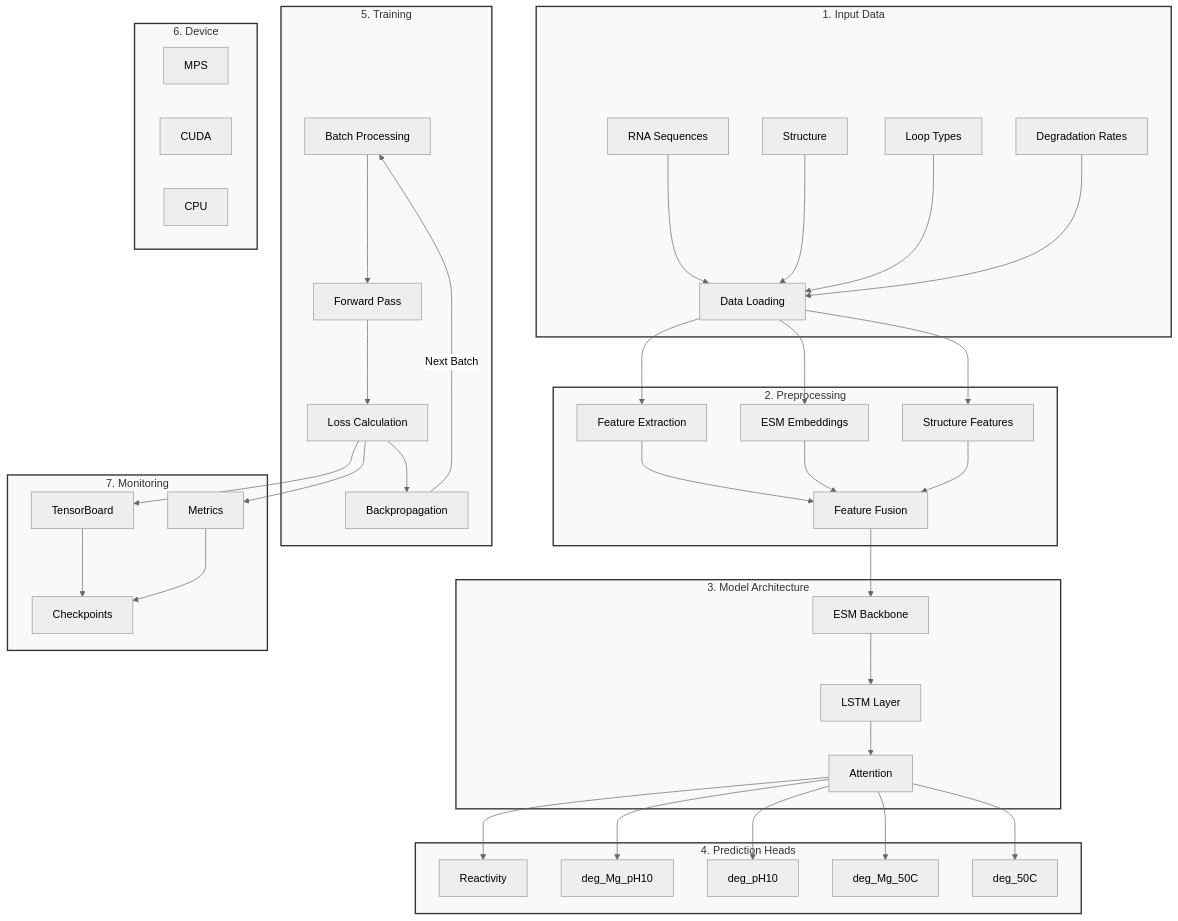
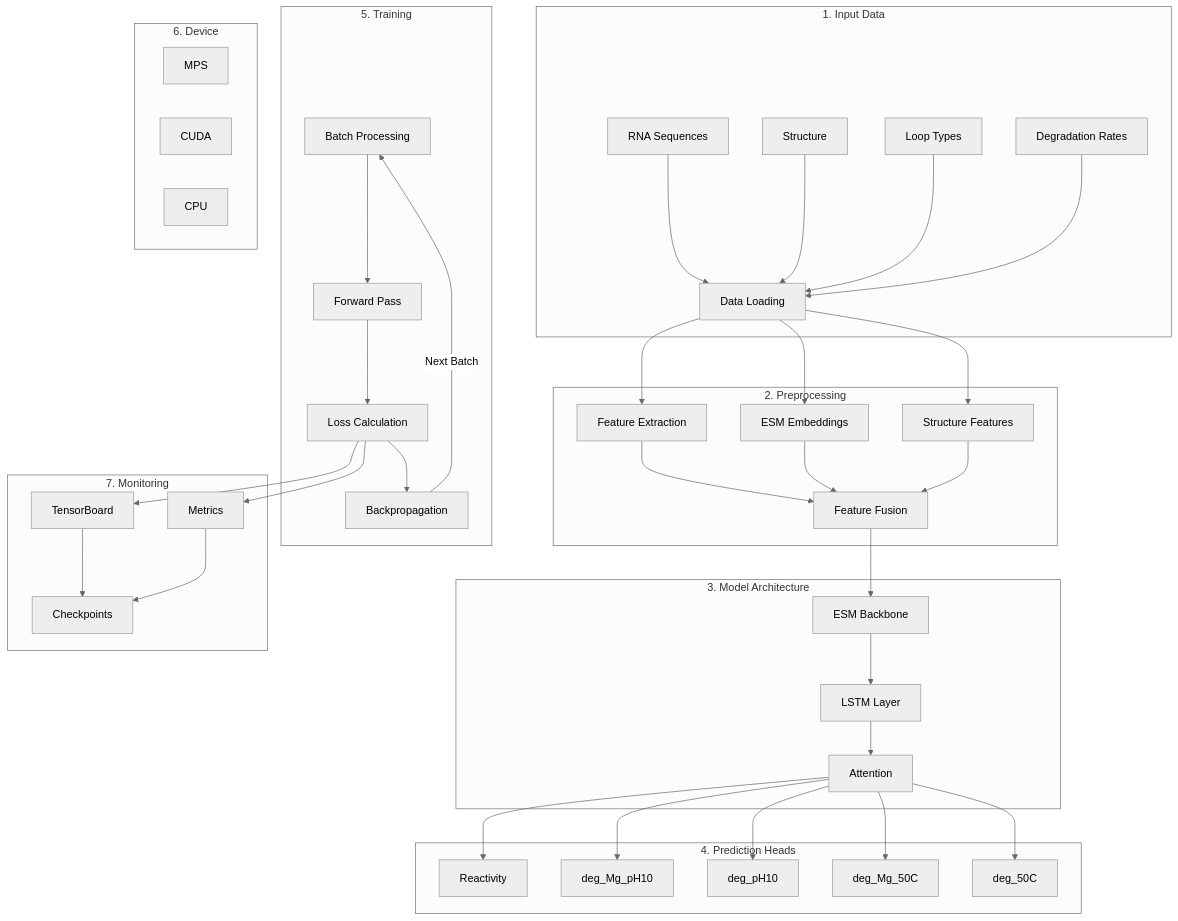
Before and after one commit to brikjr/RNA-degradation-esm: the diagram in README.md, drawn with Mermaid (neutral theme).

Commit message:
README Update

````diff
--- a/README.md
+++ b/README.md
@@ -8,65 +8,56 @@
 ```mermaid
 graph TB
     subgraph Input["1. Input Data"]
         A1[RNA Sequences]:::inputNode
         A2[Structure]:::inputNode
         A3[Loop Types]:::inputNode
         A4[Degradation Rates]:::inputNode
         A1 & A2 & A3 & A4 --> B1[Data Loading]:::processNode
     end
 
     subgraph Preprocessing["2. Preprocessing"]
         C1[Feature Extraction]:::processNode
         C2[ESM Embeddings]:::processNode
         C3[Structure Features]:::processNode
         B1 --> C1 & C2 & C3
         C1 & C2 & C3 --> C4[Feature Fusion]:::processNode
     end
 
     subgraph ModelArch["3. Model Architecture"]
         D1[ESM Backbone]:::modelNode
         D2[LSTM Layer]:::modelNode
         D3[Attention]:::modelNode
         C4 --> D1 --> D2 --> D3
     end
 
     subgraph Predictions["4. Prediction Heads"]
         E1[Reactivity]:::outputNode
         E2[deg_Mg_pH10]:::outputNode
         E3[deg_pH10]:::outputNode
         E4[deg_Mg_50C]:::outputNode
         E5[deg_50C]:::outputNode
         D3 --> E1 & E2 & E3 & E4 & E5
     end
 
     subgraph Training["5. Training"]
         F1[Batch Processing]:::trainNode
         F2[Forward Pass]:::trainNode
         F3[Loss Calculation]:::trainNode
         F4[Backpropagation]:::trainNode
         F1 --> F2 --> F3 --> F4
         F4 --> |Next Batch| F1
     end
 
     subgraph Hardware["6. Device"]
         G1[MPS]:::hwNode
         G2[CUDA]:::hwNode
         G3[CPU]:::hwNode
     end
 
     subgraph Monitor["7. Monitoring"]
         H1[TensorBoard]:::monitorNode
         H2[Metrics]:::monitorNode
         H3[Checkpoints]:::monitorNode
         F3 --> H1 & H2 --> H3
     end
-
-    %% Subgraph Styles
-    style Input fill:#f8f9fa,stroke:#333,stroke-width:2px
-    style Preprocessing fill:#f8f9fa,stroke:#333,stroke-width:2px
-    style ModelArch fill:#f8f9fa,stroke:#333,stroke-width:2px
-    style Predictions fill:#f8f9fa,stroke:#333,stroke-width:2px
-    style Training fill:#f8f9fa,stroke:#333,stroke-width:2px
-    style Hardware fill:#f8f9fa,stroke:#333,stroke-width:2px
-    style Monitor fill:#f8f9fa,stroke:#333,stroke-width:2px
 ```
````
